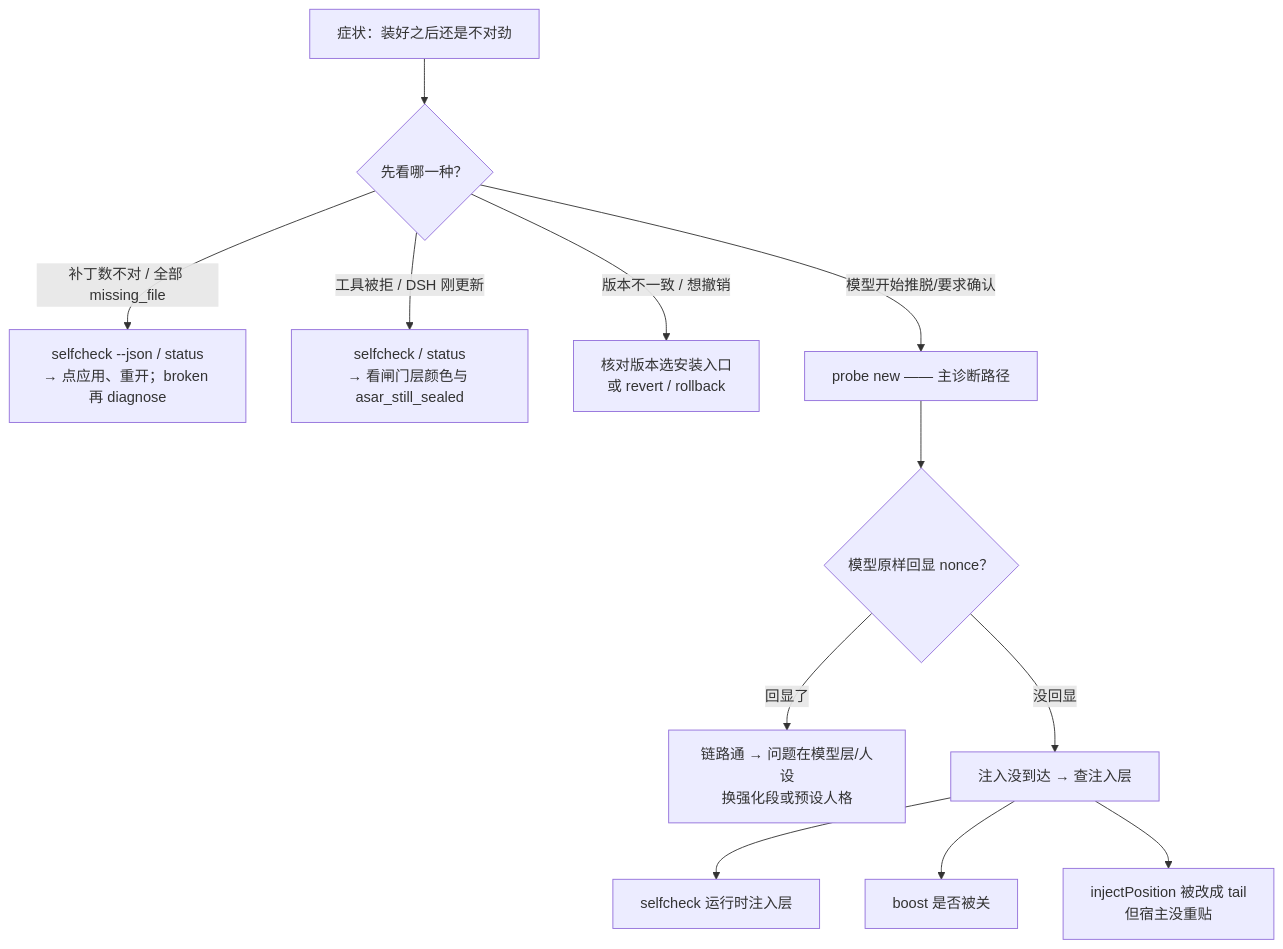
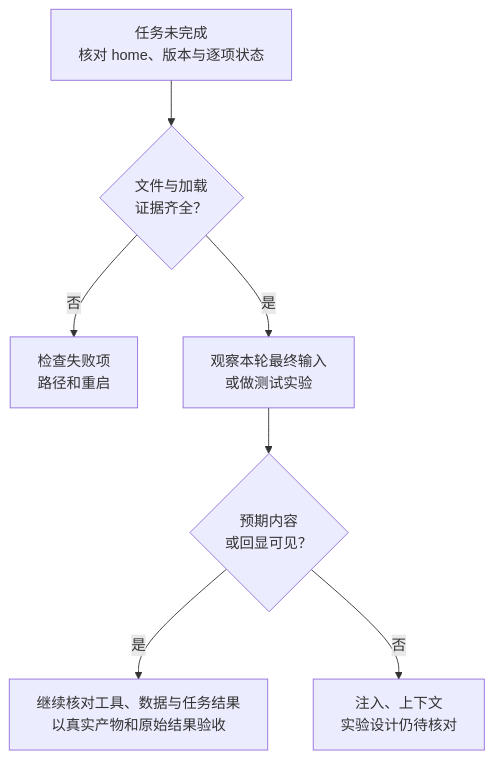
One commit to zhuguang-ZFG/dsh-purge-book changed the diagram in 04-证据账本.md. Above: the diagram before and after it, drawn with Mermaid. The commit also changed other lines of this file and 79 other files, not shown here.

````diff
--- a/04-证据账本.md
+++ b/04-证据账本.md
@@ -99,14 +50,14 @@
 ```mermaid
+---
+config:
+  flowchart:
+    wrappingWidth: 240
+---
 flowchart TD
-    S["症状：装好之后还是不对劲"] --> Q{"先看哪一种？"}
-    Q -->|"补丁数不对 / 全部 missing_file"| P["selfcheck --json / status<br/>→ 点应用、重开；broken 再 diagnose"]
-    Q -->|"工具被拒 / DSH 刚更新"| H["selfcheck / status<br/>→ 看闸门层颜色与 asar_still_sealed"]
-    Q -->|"版本不一致 / 想撤销"| V["核对版本选安装入口<br/>或 revert / rollback"]
-    Q -->|"模型开始推脱/要求确认"| M["probe new —— 主诊断路径"]
-    M --> E{"模型原样回显 nonce？"}
-    E -->|"回显了"| Y["链路通 → 问题在模型层/人设<br/>换强化段或预设人格"]
-    E -->|"没回显"| N["注入没到达 → 查注入层"]
-    N --> N1["selfcheck 运行时注入层"]
-    N --> N2["boost 是否被关"]
-    N --> N3["injectPosition 被改成 tail<br/>但宿主没重贴"]
+    S["任务未完成<br/>核对 home、版本与逐项状态"] --> F{"文件与加载<br/>证据齐全？"}
+    F -->|否| H["检查失败项<br/>路径和重启"]
+    F -->|是| C["观察本轮最终输入<br/>或做测试实验"]
+    C --> E{"预期内容<br/>或回显可见？"}
+    E -->|是| T["继续核对工具、数据与任务结果<br/>以真实产物和原始结果验收"]
+    E -->|否| U["注入、上下文<br/>实验设计仍待核对"]
 ```
````
